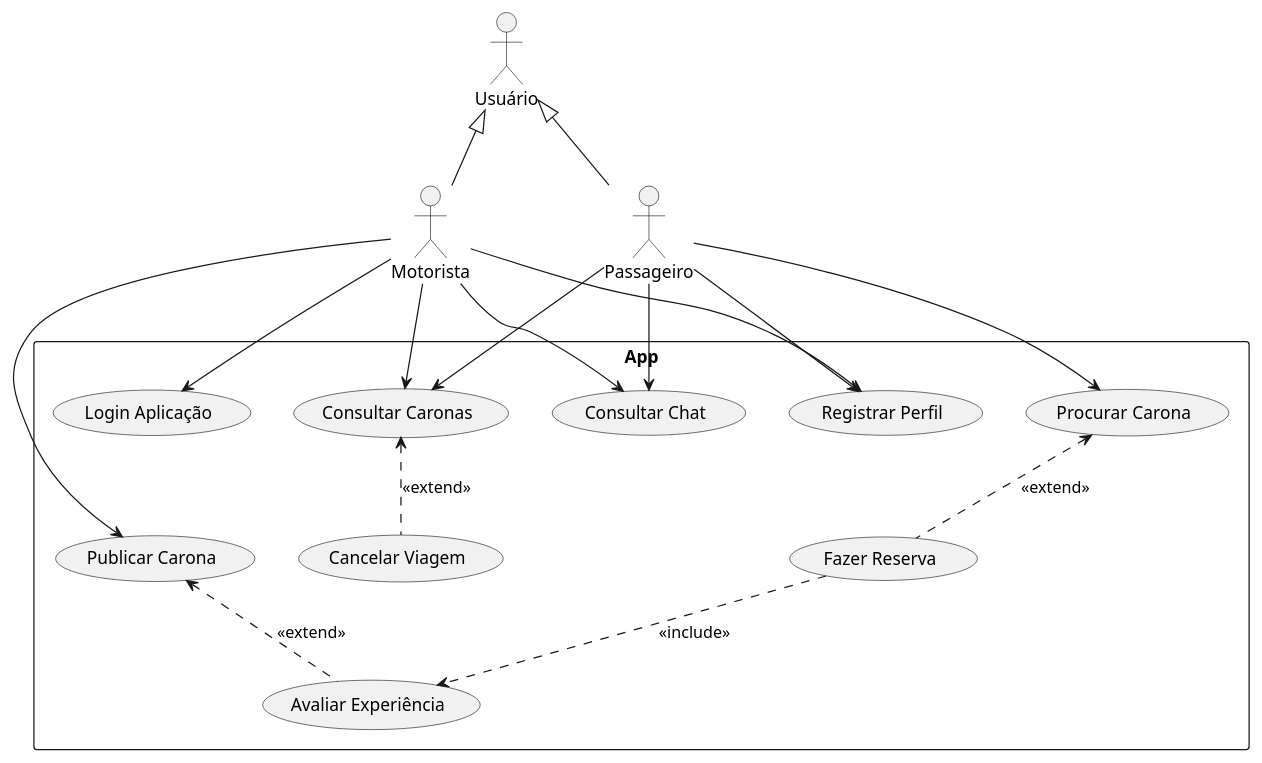
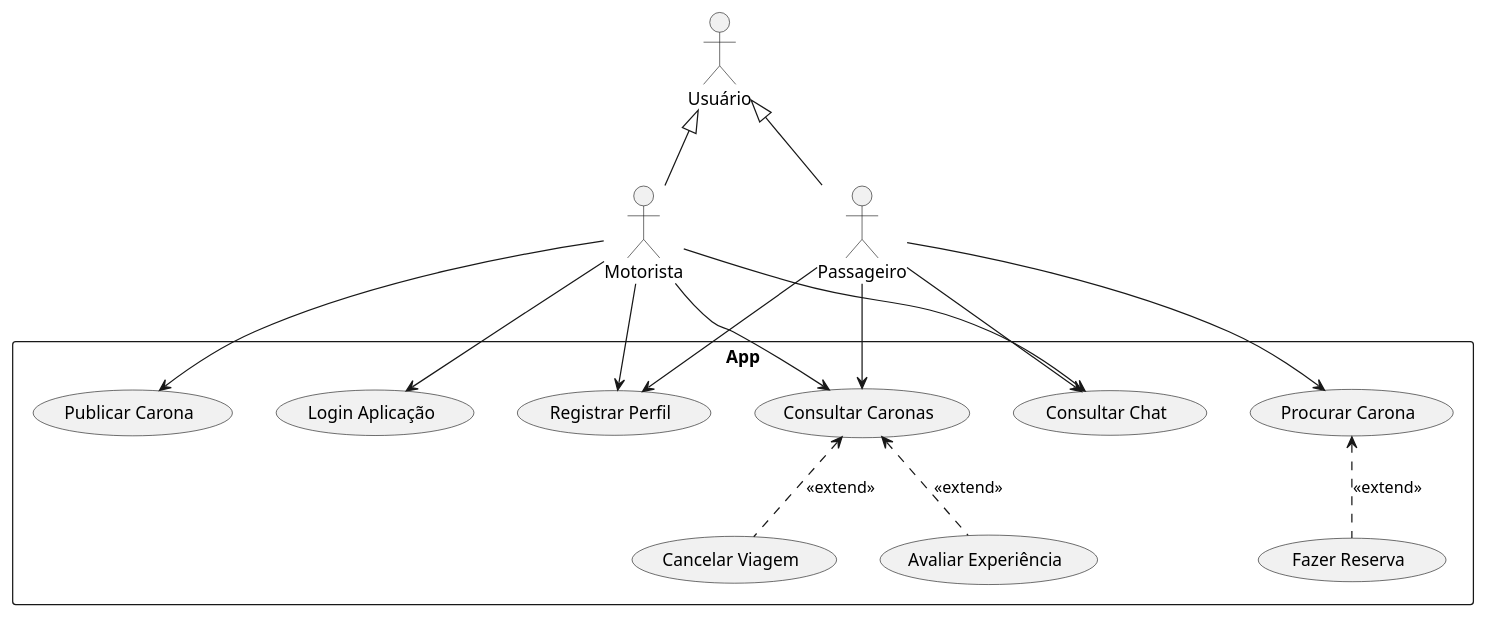
One commit to Pesagniya/FATEC-Ride changed the diagram in docs/usecase/usecases.puml. Above: the diagram before and after it, drawn with PlantUML.

```diff
--- a/docs/usecase/usecases.puml
+++ b/docs/usecase/usecases.puml
@@ -1,44 +1,43 @@
 @startuml
 skinparam packageStyle rectangle
 
 actor Usuário as user
 actor Motorista as driver
 actor Passageiro as passenger
 
 user <|-- driver
 user <|-- passenger
 
 rectangle "App" {
   
     usecase "Publicar Carona" as publicate
     usecase "Fazer Reserva" as interest
     usecase "Avaliar Experiência" as rateExp
     usecase "Procurar Carona" as search
     usecase "Cancelar Viagem" as cancel
     usecase "Registrar Perfil" as register
     usecase "Login Aplicação" as login
     usecase "Consultar Chat" as talk
     usecase "Consultar Caronas" as consult
 
 
     search <.. interest  : <<extend>>
     consult <.. cancel  : <<extend>>
-    publicate <.. rateExp  : <<extend>>
-    interest ..> rateExp  : <<include>>
+    consult <.. rateExp  : <<extend>>
 
 
     driver --> publicate
     driver --> register
     driver --> login
     driver --> talk
     driver --> consult
 
 
 
     passenger --> register
     passenger --> search
     passenger --> talk
     passenger --> consult
 
 }
 @enduml
```
